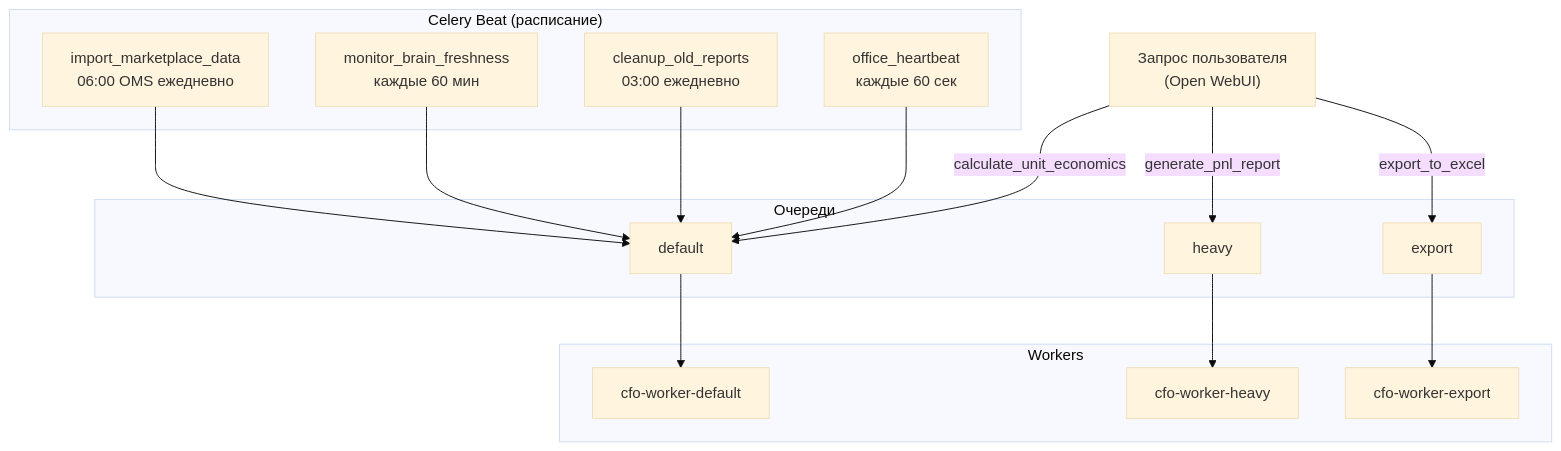
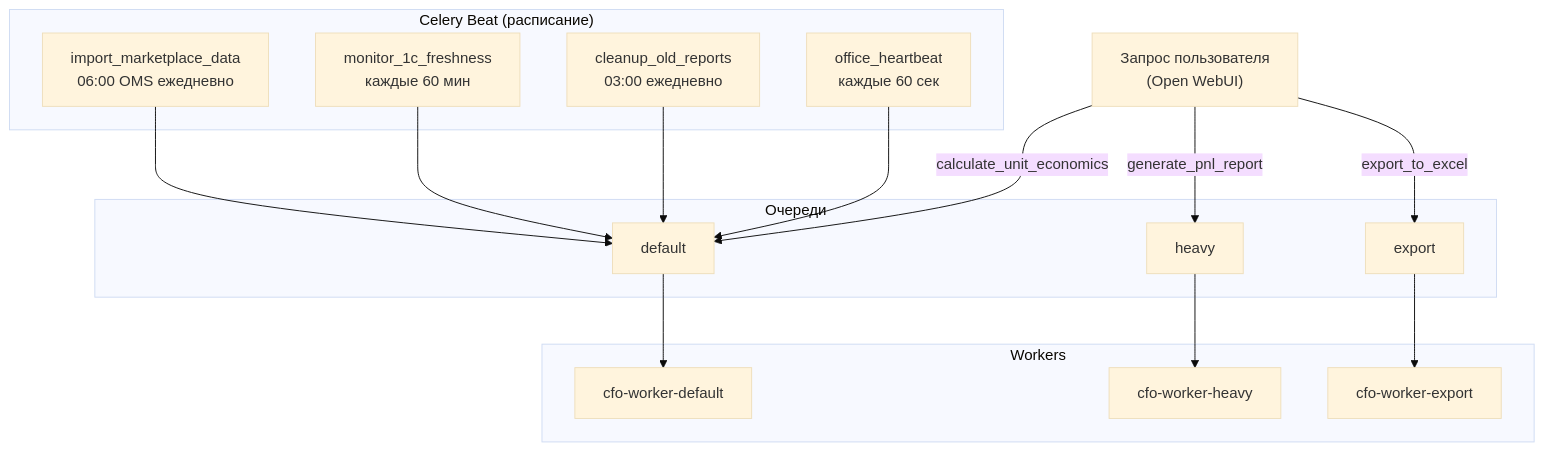
The diagram in cfo/adolf_cfo_7_celery.md (Sign25/Docs), drawn with Mermaid (base theme) before and after one commit. The commit also changed other lines of this file, not shown here.

Commit message:
refactor(cfo): rename brain_* -> 1C_*, update A1 links to 1cexport

````diff
--- a/cfo/adolf_cfo_7_celery.md
+++ b/cfo/adolf_cfo_7_celery.md
@@ -33,34 +33,34 @@
 ```mermaid
 flowchart TB
     subgraph BEAT["Celery Beat (расписание)"]
         B1["import_marketplace_data<br/>06:00 OMS ежедневно"]
-        B2["monitor_brain_freshness<br/>каждые 60 мин"]
+        B2["monitor_1c_freshness<br/>каждые 60 мин"]
         B3["cleanup_old_reports<br/>03:00 ежедневно"]
         B4["office_heartbeat<br/>каждые 60 сек"]
     end
 
     subgraph QUEUES["Очереди"]
         Q_DEF["default"]
         Q_HEAVY["heavy"]
         Q_EXPORT["export"]
     end
 
     subgraph WORKERS["Workers"]
         W1["cfo-worker-default"]
         W2["cfo-worker-heavy"]
         W3["cfo-worker-export"]
     end
 
     B1 --> Q_DEF
     B2 --> Q_DEF
     B3 --> Q_DEF
     B4 --> Q_DEF
 
     Q_DEF --> W1
     Q_HEAVY --> W2
     Q_EXPORT --> W3
 
     USER["Запрос пользователя<br/>(Open WebUI)"] -->|"generate_pnl_report"| Q_HEAVY
     USER -->|"export_to_excel"| Q_EXPORT
     USER -->|"calculate_unit_economics"| Q_DEF
 ```
````
